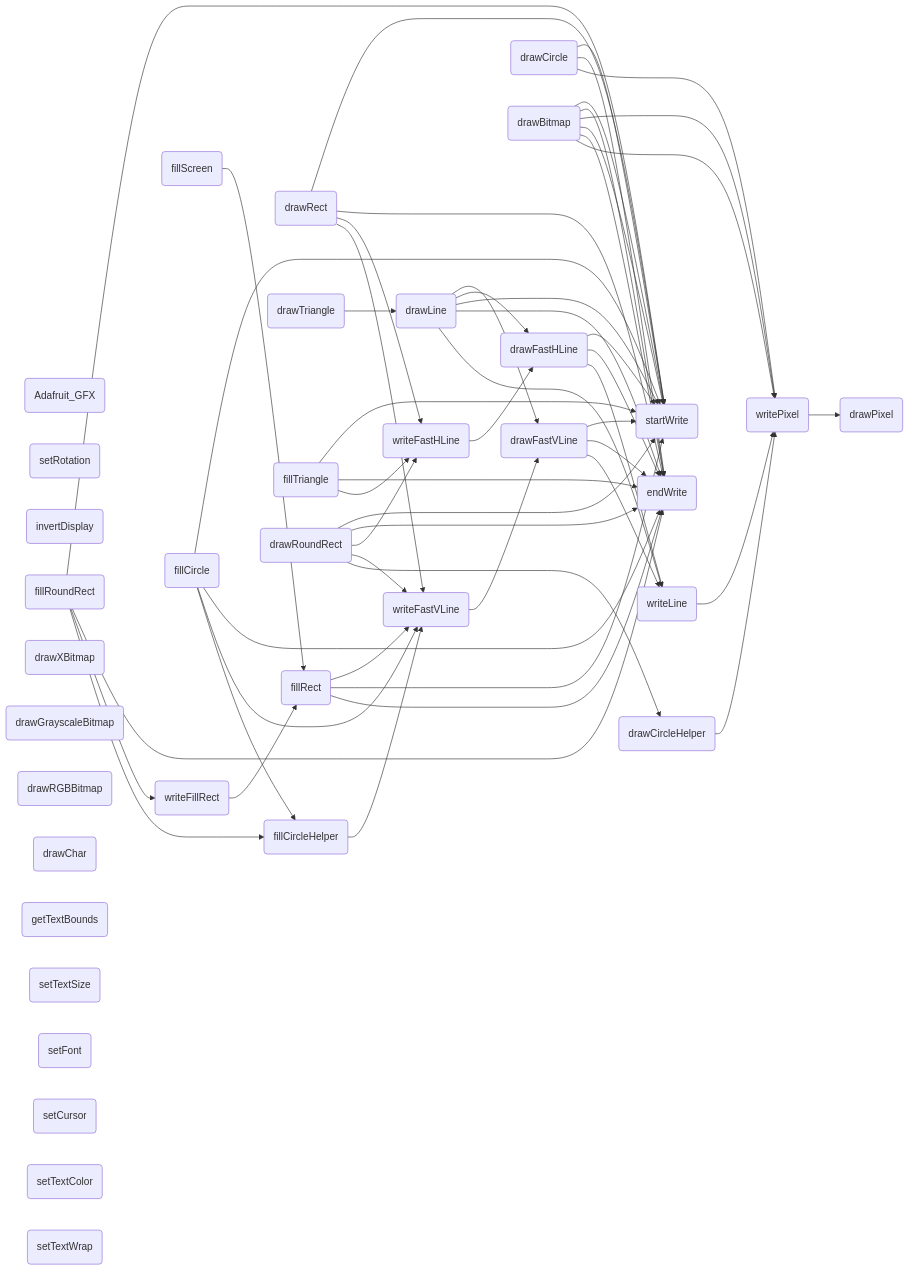
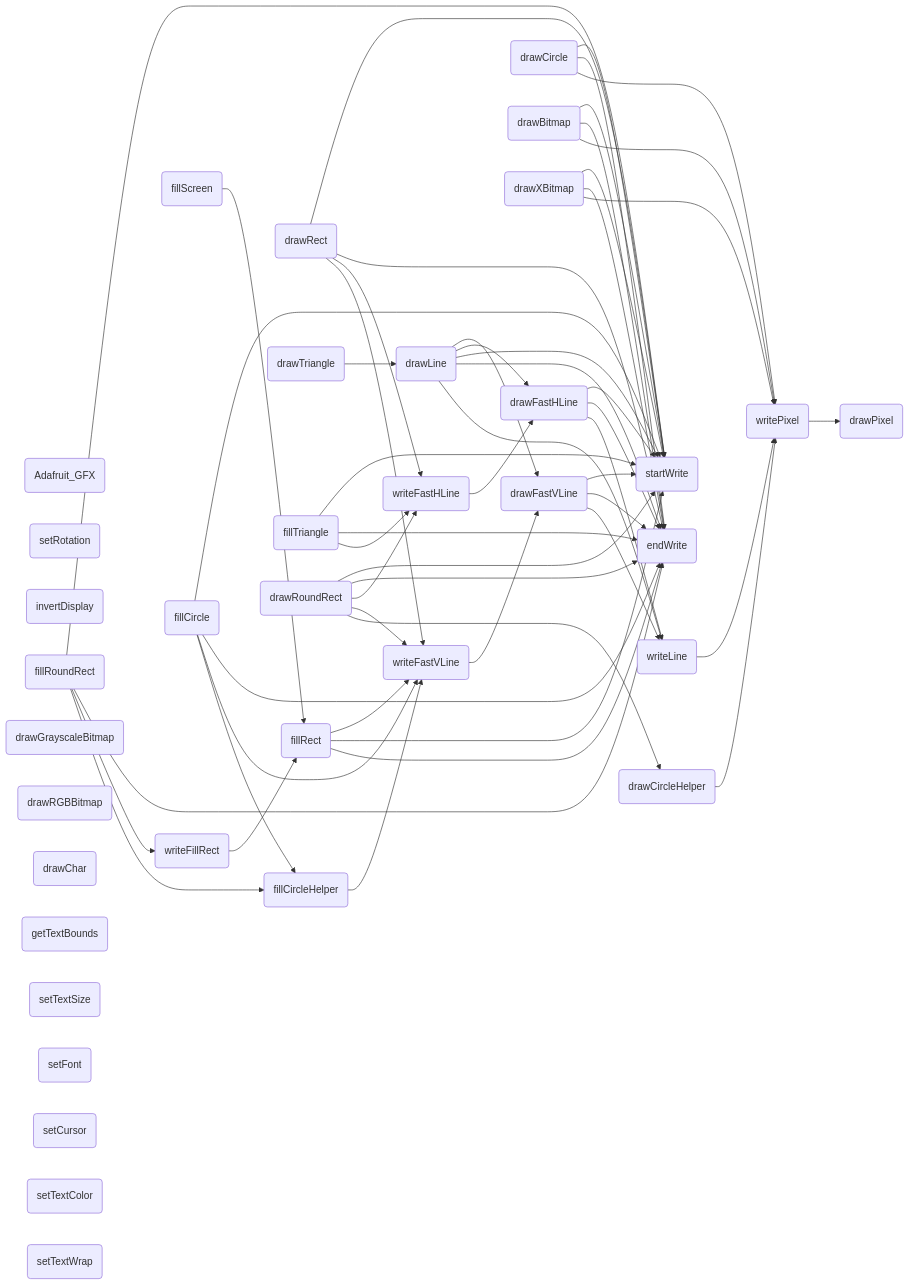
One commit to icodezhanglei/iodraw-files changed the diagram in all/未命名.md. Above: the diagram before and after it, drawn with Mermaid.

Commit message:
2024-09-13 18:38:12 update

````diff
--- a/all/未命名.md
+++ b/all/未命名.md
@@ -1,66 +1,66 @@
 ```mermaid
 flowchart LR
 Adafruit_GF(Adafruit_GFX)
 drawPixel(drawPixel)
 startWrite(startWrite)
 endWrite(endWrite)
 writePixel(writePixel)
 writeFillRect(writeFillRect)
 writeFastVLine(writeFastVLine)
 writeFastHLine(writeFastHLine)
 writeLine(writeLine)
 setRotation(setRotation)
 invertDisplay(invertDisplay)
 drawFastVLine(drawFastVLine)
 drawFastHLine(drawFastHLine)
 fillRect(fillRect)
 fillScreen(fillScreen)
 drawLine(drawLine)
 drawRect(drawRect)
 drawCircle(drawCircle)
 drawCircleHelper(drawCircleHelper)
 fillCircle(fillCircle)
 fillCircleHelper(fillCircleHelper)
 drawTriangle(drawTriangle)
 fillTriangle(fillTriangle)
 drawRoundRect(drawRoundRect)
 fillRoundRect(fillRoundRect)
 drawBitmap(drawBitmap)
 drawXBitmap(drawXBitmap)
 drawGrayscaleBitmap(drawGrayscaleBitmap)
 drawRGBBitmap(drawRGBBitmap)
 drawChar(drawChar)
 getTextBounds(getTextBounds)
 setTextSize(setTextSize)
 setFont(setFont)
 setCursor(setCursor)
 setTextColor(setTextColor)
 setTextWrap(setTextWrap)
 
 writeLine --> writePixel --> drawPixel
 
 writeFastVLine --> drawFastVLine --> startWrite & endWrite
 drawFastVLine --> writeLine
 
 writeFastHLine --> drawFastHLine --> startWrite & endWrite
 drawFastHLine --> writeLine
 
 writeFillRect --> fillRect --> writeFastVLine & startWrite & endWrite
 
 fillScreen --> fillRect
 drawLine --> drawFastVLine & drawFastHLine & startWrite & endWrite & writeLine
 drawCircle --> startWrite & endWrite & writePixel
 drawCircleHelper --> writePixel
 fillCircle --> startWrite & endWrite & writeFastVLine & fillCircleHelper
 fillCircleHelper --> writeFastVLine
 drawRect --> startWrite & endWrite & writeFastHLine & writeFastVLine
 drawRoundRect --> startWrite & endWrite & writeFastHLine & writeFastVLine & drawCircleHelper
 fillRoundRect --> startWrite & endWrite & writeFillRect & fillCircleHelper
 drawTriangle --> drawLine
 fillTriangle --> startWrite & endWrite & writeFastHLine
 drawBitmap --> startWrite & endWrite & writePixel
-drawBitmap --> startWrite & endWrite & writePixel
-
+drawXBitmap --> startWrite & endWrite & writePixel
+drawGrayscaleBitmap
 
 
 ```
````
